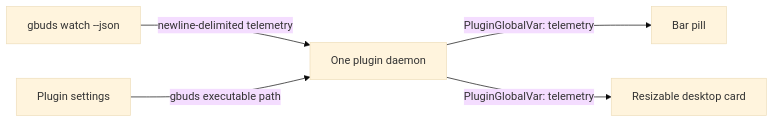
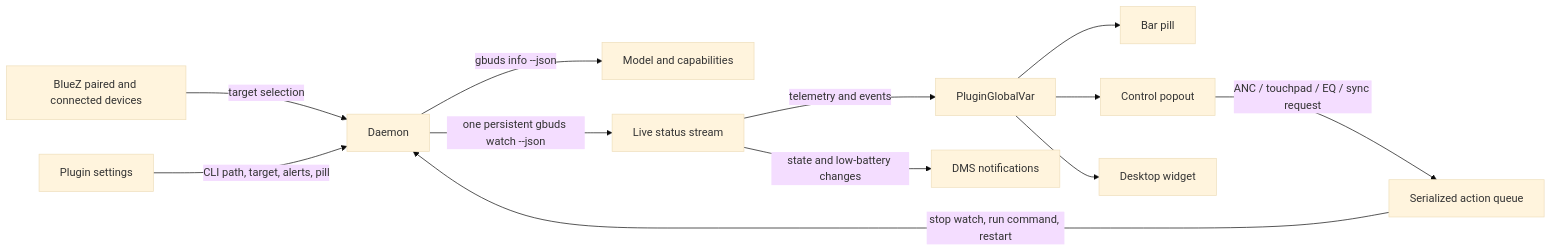
The diagram in docs/ARCHITECTURE.md (JessVolet/Gbuds-Widget), drawn with Mermaid (base theme) before and after one commit. The commit also changed other lines of this file and 2 other files, not shown here.

Commit message:
docs: document live control workflow and device selection

````diff
--- a/docs/ARCHITECTURE.md
+++ b/docs/ARCHITECTURE.md
@@ -5,7 +5,14 @@
 ```mermaid
 flowchart LR
-    CLI[gbuds watch --json] -->|newline-delimited telemetry| Daemon[One plugin daemon]
-    Daemon -->|PluginGlobalVar: telemetry| Bar[Bar pill]
-    Daemon -->|PluginGlobalVar: telemetry| Desktop[Resizable desktop card]
-    Settings[Plugin settings] -->|gbuds executable path| Daemon
+    BlueZ[BlueZ paired and connected devices] -->|target selection| Daemon
+    Daemon -->|gbuds info --json| Metadata[Model and capabilities]
+    Daemon -->|one persistent gbuds watch --json| Watch[Live status stream]
+    Watch -->|telemetry and events| State[PluginGlobalVar]
+    State --> Pill[Bar pill]
+    State --> Panel[Control popout]
+    State --> Desktop[Desktop widget]
+    Panel -->|ANC / touchpad / EQ / sync request| Queue[Serialized action queue]
+    Queue -->|stop watch, run command, restart| Daemon
+    Settings[Plugin settings] -->|CLI path, target, alerts, pill| Daemon
+    Watch -->|state and low-battery changes| Notify[DMS notifications]
 ```
````
